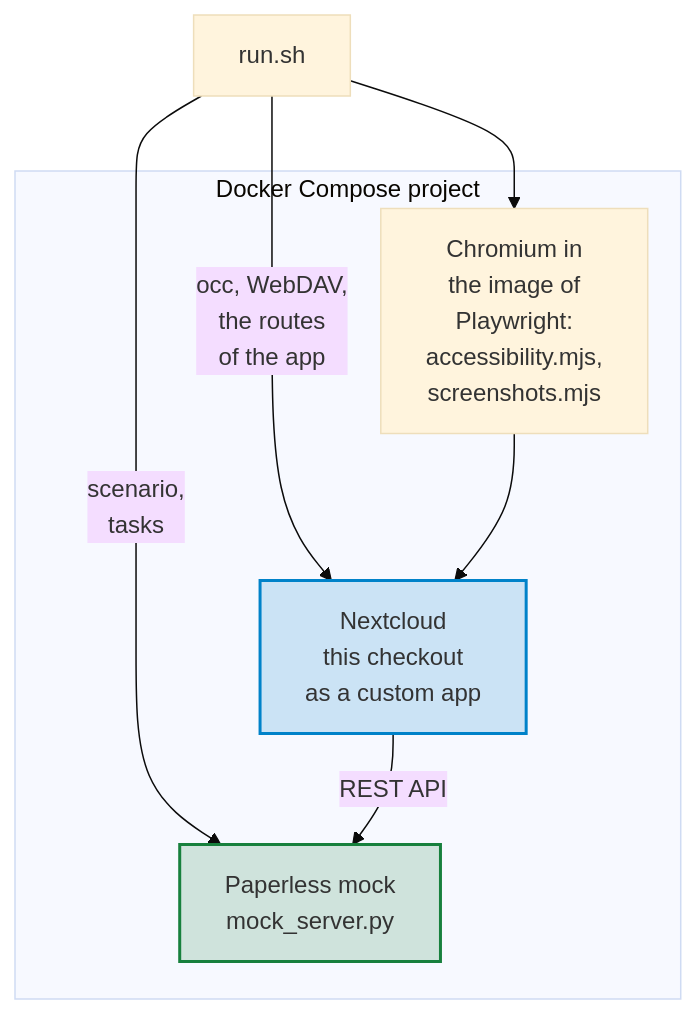
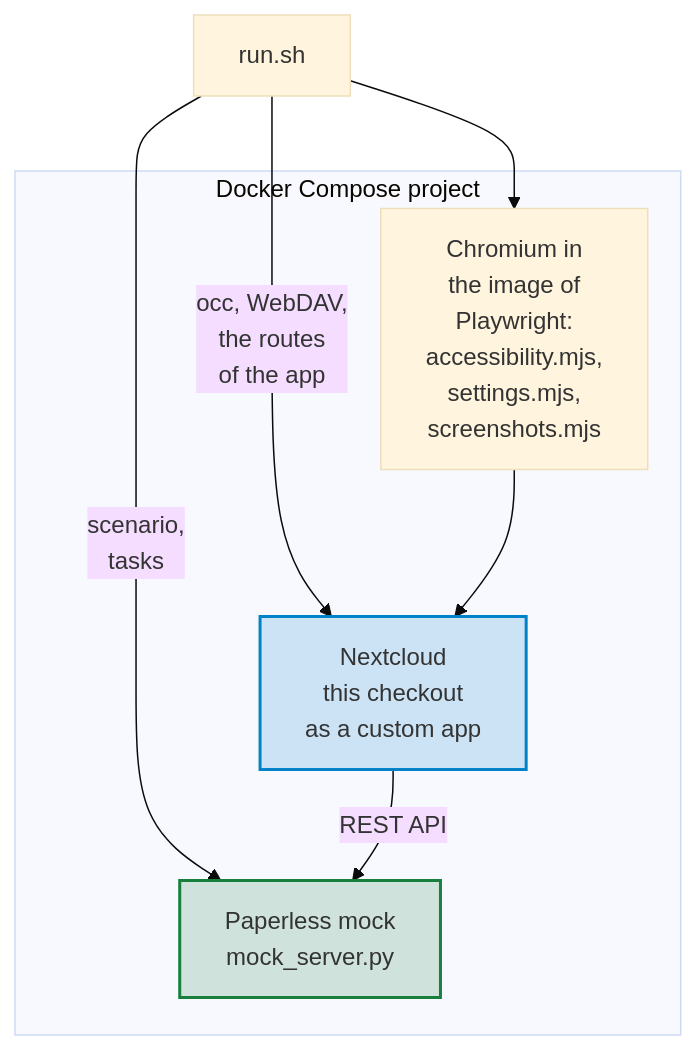
The first of 2 diagrams in tests/e2e/README.md (Dennis-Otto/paperless-sync), drawn with Mermaid (base theme) before and after one commit. The commit also changed other lines of this file and 27 other files, not shown here.

First line of the commit message:
fix(security): keep the Paperless API token out of logs and ask for it again for a new address (#105)

````diff
--- a/tests/e2e/README.md
+++ b/tests/e2e/README.md
@@ -5,28 +5,28 @@
 ```mermaid
 ---
 config:
   flowchart:
     nodeSpacing: 24
 ---
 flowchart TB
     accTitle: What the end-to-end tests run
-    accDescr: run.sh drives a Docker Compose project. It talks to Nextcloud, which runs this checkout as a custom app, through occ, WebDAV and the routes of the app; it sets the scenario and the tasks of the Paperless mock, mock_server.py, which Nextcloud calls through the REST API; and it starts Chromium in the image of Playwright, which runs accessibility.mjs and screenshots.mjs against Nextcloud.
+    accDescr: run.sh drives a Docker Compose project. It talks to Nextcloud, which runs this checkout as a custom app, through occ, WebDAV and the routes of the app; it sets the scenario and the tasks of the Paperless mock, mock_server.py, which Nextcloud calls through the REST API; and it starts Chromium in the image of Playwright, which runs accessibility.mjs, settings.mjs and screenshots.mjs against Nextcloud.
 
     run["run.sh"]
     subgraph compose ["Docker Compose project"]
-        browser["Chromium in<br>the image of<br>Playwright:<br>accessibility.mjs,<br>screenshots.mjs"]
+        browser["Chromium in<br>the image of<br>Playwright:<br>accessibility.mjs,<br>settings.mjs,<br>screenshots.mjs"]
         nextcloud["Nextcloud<br>this checkout<br>as a custom app"]
         mock["Paperless mock<br>mock_server.py"]
     end
 
     run --> browser
     run -- "occ, WebDAV,<br>the routes<br>of the app" --> nextcloud
     run -- "scenario,<br>tasks" --> mock
     browser --> nextcloud
     nextcloud -- "REST API" --> mock
 
     classDef nextcloud fill:#0082c92e,stroke:#0082c9,stroke-width:2px
     classDef paperless fill:#17803d2e,stroke:#17803d,stroke-width:2px
     class nextcloud nextcloud
     class mock paperless
 ```
````
